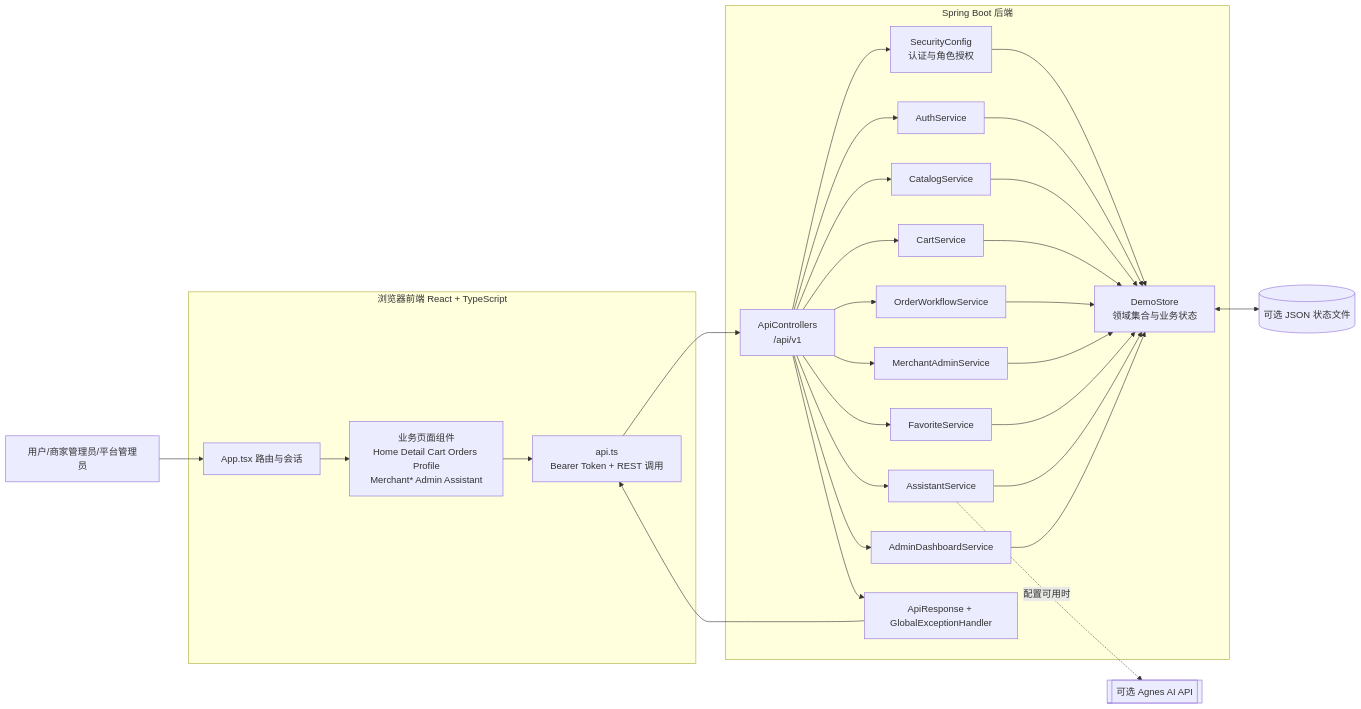
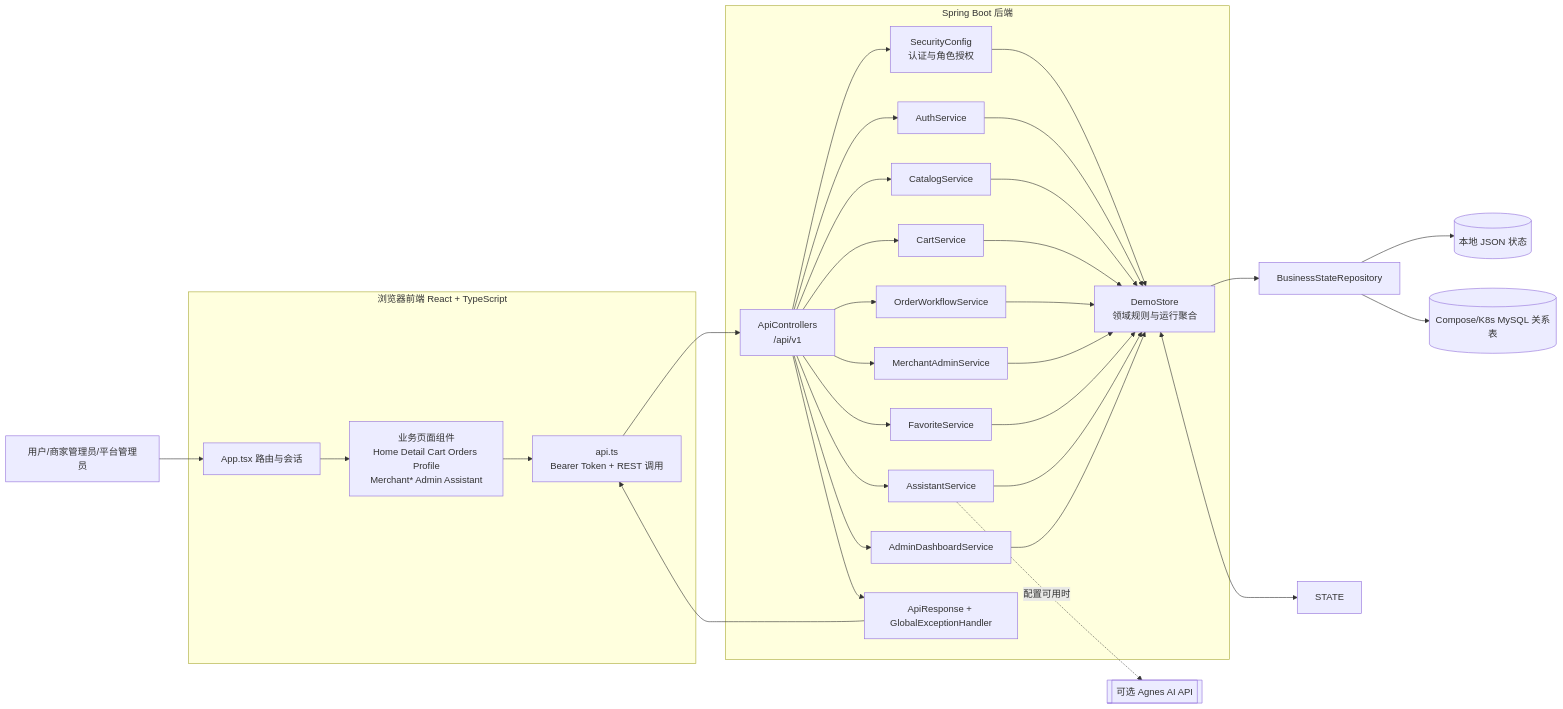
The first of 12 diagrams in docs/13_概要设计说明书.md (daihao007/Lumalife), drawn with Mermaid before and after one commit. The commit also changed other lines of this file and 13 other files, not shown here.

Commit message:
feat: persist monolith business state in relational tables

````diff
--- a/docs/13_概要设计说明书.md
+++ b/docs/13_概要设计说明书.md
@@ -147,47 +147,52 @@
 ```mermaid
 flowchart LR
     U[用户/商家管理员/平台管理员]
     subgraph FE[浏览器前端 React + TypeScript]
         APP[App.tsx 路由与会话]
         UI[业务页面组件\nHome Detail Cart Orders Profile\nMerchant* Admin Assistant]
         API[api.ts\nBearer Token + REST 调用]
     end
     subgraph BE[Spring Boot 后端]
         CTRL[ApiControllers\n/api/v1]
         SEC[SecurityConfig\n认证与角色授权]
         AUTH[AuthService]
         CAT[CatalogService]
         CART[CartService]
         ORDER[OrderWorkflowService]
         MER[MerchantAdminService]
         FAV[FavoriteService]
         CHAT[AssistantService]
         DASH[AdminDashboardService]
-        STORE[DemoStore\n领域集合与业务状态]
+        STORE[DemoStore\n领域规则与运行聚合]
         ERR[ApiResponse + GlobalExceptionHandler]
     end
-    STATE[(可选 JSON 状态文件)]
+    PERSIST[BusinessStateRepository]
+    FILE[(本地 JSON 状态)]
+    MYSQL[(Compose/K8s MySQL 关系表)]
     AGNES[[可选 Agnes AI API]]
     U --> APP --> UI --> API --> CTRL
     CTRL --> SEC
     CTRL --> AUTH
     CTRL --> CAT
     CTRL --> CART
     CTRL --> ORDER
     CTRL --> MER
     CTRL --> FAV
     CTRL --> CHAT
     CTRL --> DASH
     SEC --> STORE
     AUTH --> STORE
     CAT --> STORE
+    STORE --> PERSIST
+    PERSIST --> FILE
+    PERSIST --> MYSQL
     CART --> STORE
     ORDER --> STORE
     MER --> STORE
     FAV --> STORE
     CHAT --> STORE
     DASH --> STORE
     STORE <--> STATE
     CHAT -.配置可用时.-> AGNES
     CTRL --> ERR --> API
 ```
````
